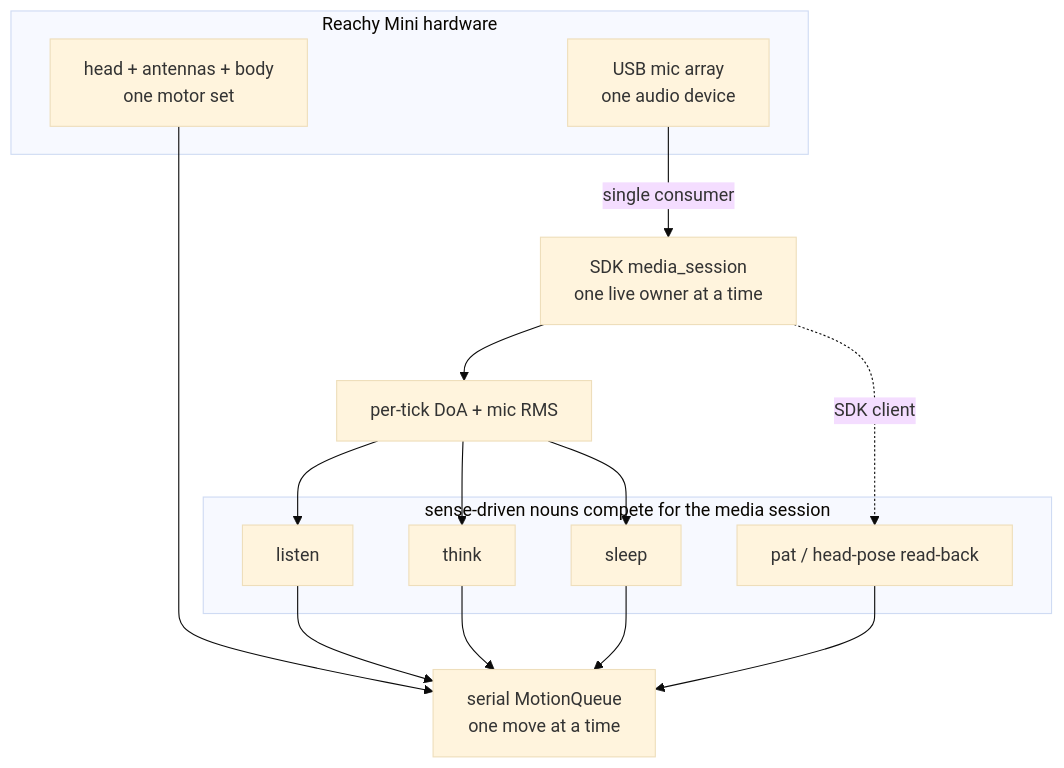
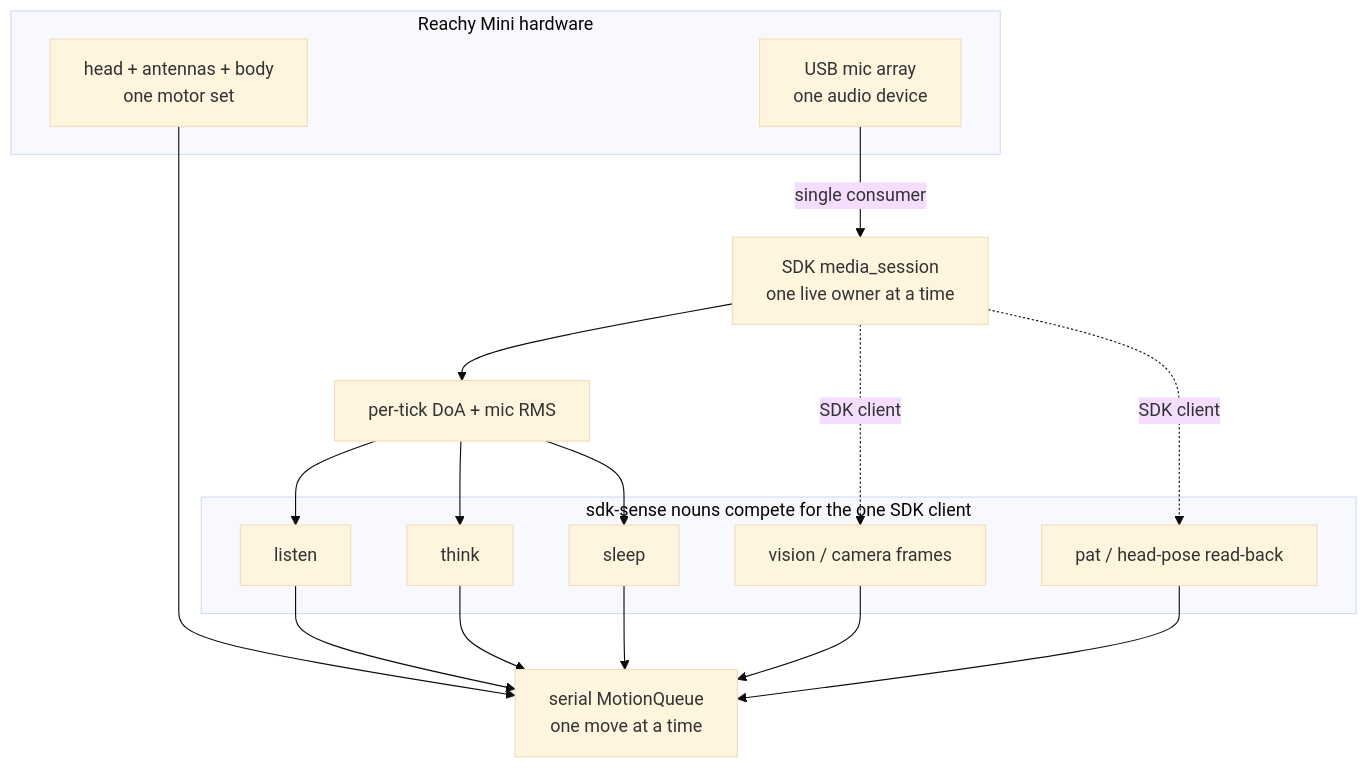
Before and after one commit to agentculture/reachy-mini-cli: the diagram in docs/operating-reachy.md, drawn with Mermaid (base theme). The commit also changed other lines of this file and 1 other file, not shown here.

First line of the commit message:
docs: fold in colleague review — add vision to the SDK-owner model, fix anchor

````diff
--- a/docs/operating-reachy.md
+++ b/docs/operating-reachy.md
@@ -56,28 +56,31 @@
 ```mermaid
 graph TD
     subgraph HW["Reachy Mini hardware"]
         MIC["USB mic array<br/>one audio device"]
         HEAD["head + antennas + body<br/>one motor set"]
     end
 
     MIC -->|single consumer| SESS["SDK media_session<br/>one live owner at a time"]
     SESS --> SENSE["per-tick DoA + mic RMS"]
     HEAD --> QUEUE["serial MotionQueue<br/>one move at a time"]
 
-    subgraph NOUNS["sense-driven nouns compete for the media session"]
+    subgraph NOUNS["sdk-sense nouns compete for the one SDK client"]
         LISTEN["listen"]
         THINK["think"]
         SLEEP["sleep"]
+        VISION["vision / camera frames"]
         PAT["pat / head-pose read-back"]
     end
 
     SENSE --> LISTEN
     SENSE --> THINK
     SENSE --> SLEEP
+    SESS -.->|SDK client| VISION
     SESS -.->|SDK client| PAT
 
     LISTEN --> QUEUE
     THINK --> QUEUE
     SLEEP --> QUEUE
+    VISION --> QUEUE
     PAT --> QUEUE
 ```
````
